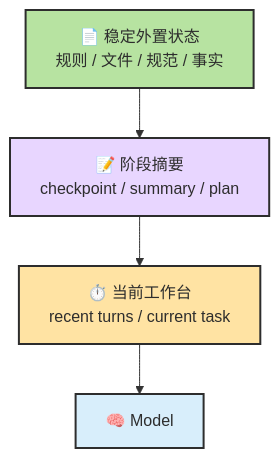
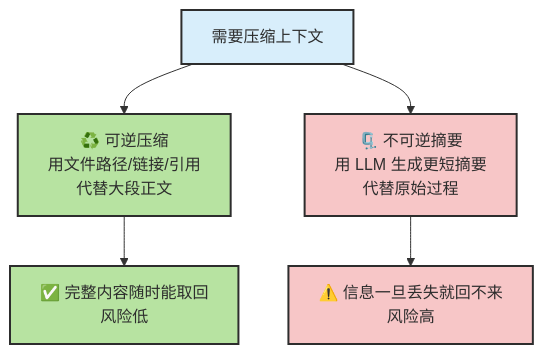
Before and after one commit to zht043/AgenticCodingTutorial: the sixth of 10 diagrams in docs/chapters/ch11-memory-context-harness.md, drawn with Mermaid. The commit also changed other lines of this file and 23 other files, not shown here.

````diff
--- a/docs/chapters/ch11-memory-context-harness.md
+++ b/docs/chapters/ch11-memory-context-harness.md
@@ -580,9 +231,13 @@
 ```mermaid
-flowchart TD
-    classDef short fill:#ffe3a3,stroke:#2d2d2d,stroke-width:2px,color:#2d2d2d
-    classDef summary fill:#e8d6ff,stroke:#2d2d2d,stroke-width:2px,color:#2d2d2d
-    classDef long fill:#b7e3a1,stroke:#2d2d2d,stroke-width:2px,color:#2d2d2d
-    classDef llm fill:#d8eefb,stroke:#2d2d2d,stroke-width:2px,color:#2d2d2d
+flowchart TB
+    classDef safe fill:#b7e3a1,stroke:#2d2d2d,stroke-width:2px,color:#2d2d2d
+    classDef risky fill:#f7c6c7,stroke:#2d2d2d,stroke-width:2px,color:#2d2d2d
+    classDef action fill:#d8eefb,stroke:#2d2d2d,stroke-width:2px,color:#2d2d2d
 
-    F["📄 稳定外置状态<br/>规则 / 文件 / 规范 / 事实"]:::long --> S["📝 阶段摘要<br/>checkpoint / summary / plan"]:::summary --> W["⏱️ 当前工作台<br/>recent turns / current task"]:::short --> L["🧠 Model"]:::llm
+    C["需要压缩上下文"]:::action
+    C --> Rev["♻️ 可逆压缩<br/>用文件路径/链接/引用<br/>代替大段正文"]:::safe
+    C --> Irrev["🗜️ 不可逆摘要<br/>用 LLM 生成更短摘要<br/>代替原始过程"]:::risky
+
+    Rev --> RevR["✅ 完整内容随时能取回<br/>风险低"]:::safe
+    Irrev --> IrrevR["⚠️ 信息一旦丢失就回不来<br/>风险高"]:::risky
 ```
````
